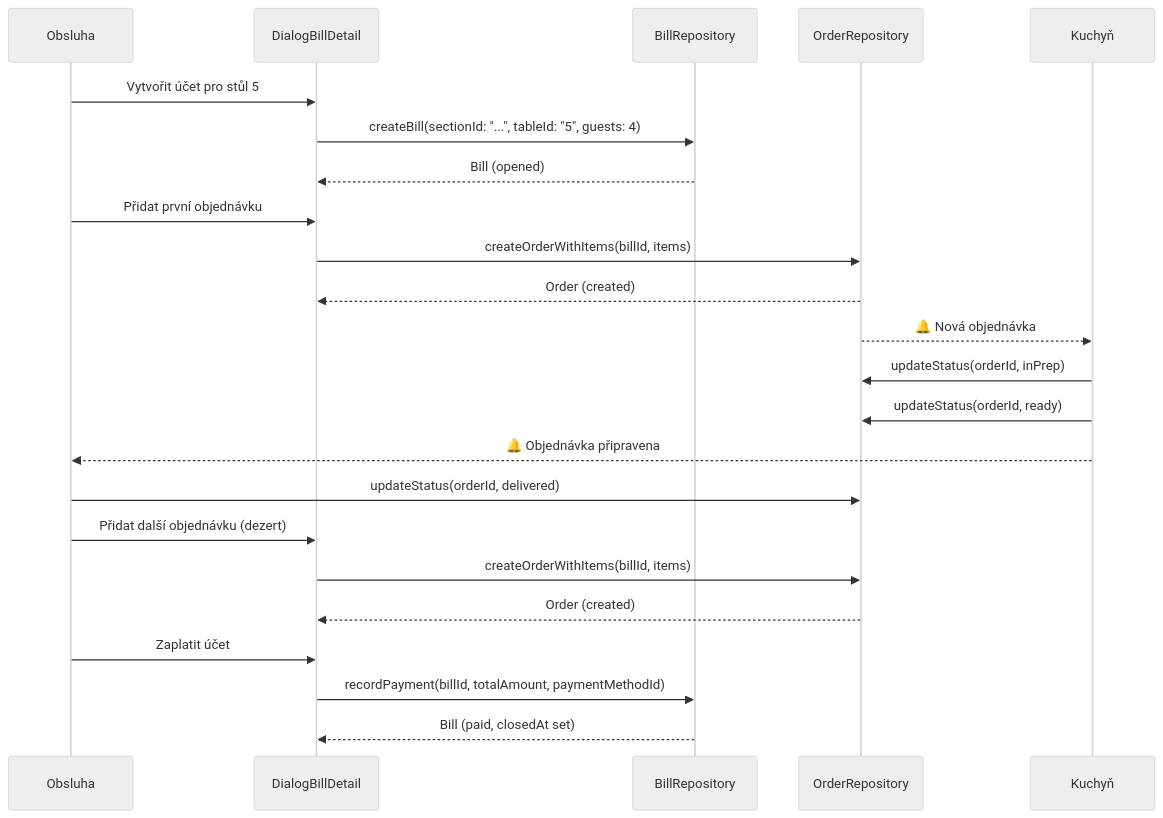
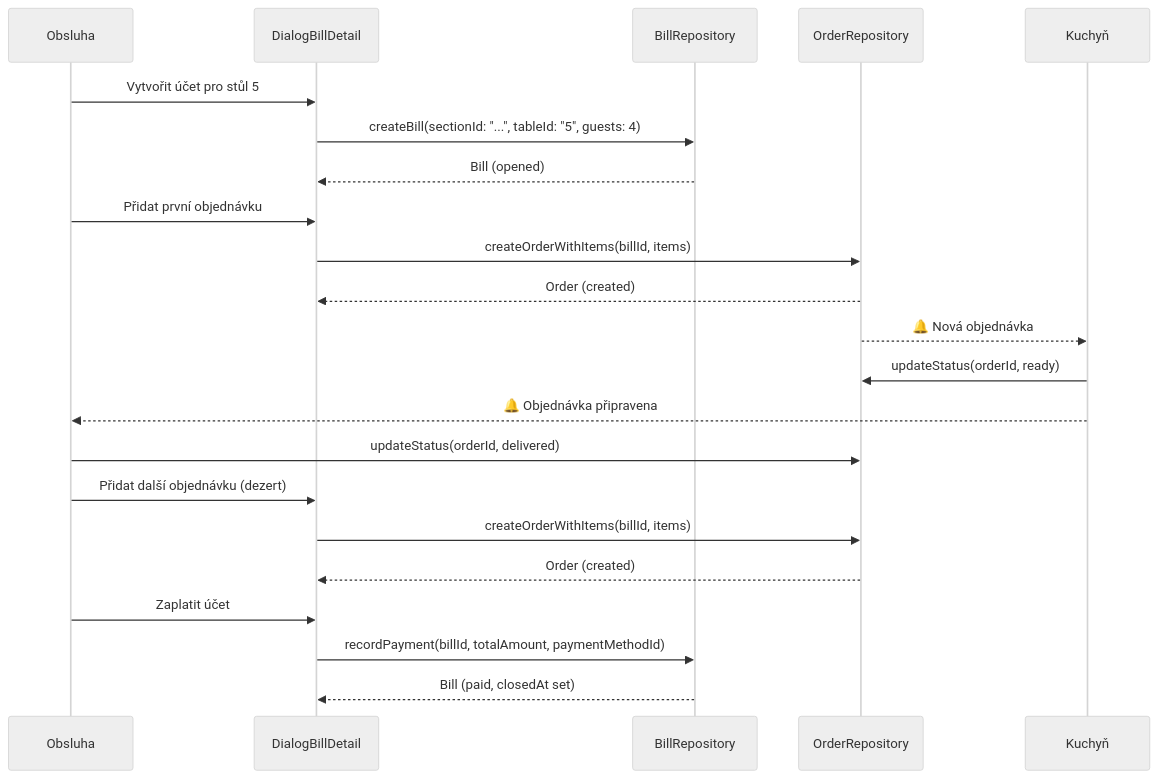
One commit to Tomakas/deskpos changed the eighth of 12 diagrams in PROJECT.md. Above: the diagram before and after it, drawn with Mermaid (neutral theme). The commit also changed other lines of this file and 31 other files, not shown here.

````diff
--- a/PROJECT.md
+++ b/PROJECT.md
@@ -1602,31 +1619,30 @@
 ```mermaid
 sequenceDiagram
     participant W as Obsluha
     participant UI as DialogBillDetail
     participant BR as BillRepository
     participant OR as OrderRepository
     participant K as Kuchyň
 
     W->>UI: Vytvořit účet pro stůl 5
     UI->>BR: createBill(sectionId: "...", tableId: "5", guests: 4)
     BR-->>UI: Bill (opened)
 
     W->>UI: Přidat první objednávku
     UI->>OR: createOrderWithItems(billId, items)
     OR-->>UI: Order (created)
     OR-->>K: 🔔 Nová objednávka
 
-    K->>OR: updateStatus(orderId, inPrep)
     K->>OR: updateStatus(orderId, ready)
     K-->>W: 🔔 Objednávka připravena
 
     W->>OR: updateStatus(orderId, delivered)
 
     W->>UI: Přidat další objednávku (dezert)
     UI->>OR: createOrderWithItems(billId, items)
     OR-->>UI: Order (created)
 
     W->>UI: Zaplatit účet
     UI->>BR: recordPayment(billId, totalAmount, paymentMethodId)
     BR-->>UI: Bill (paid, closedAt set)
 ```
````
